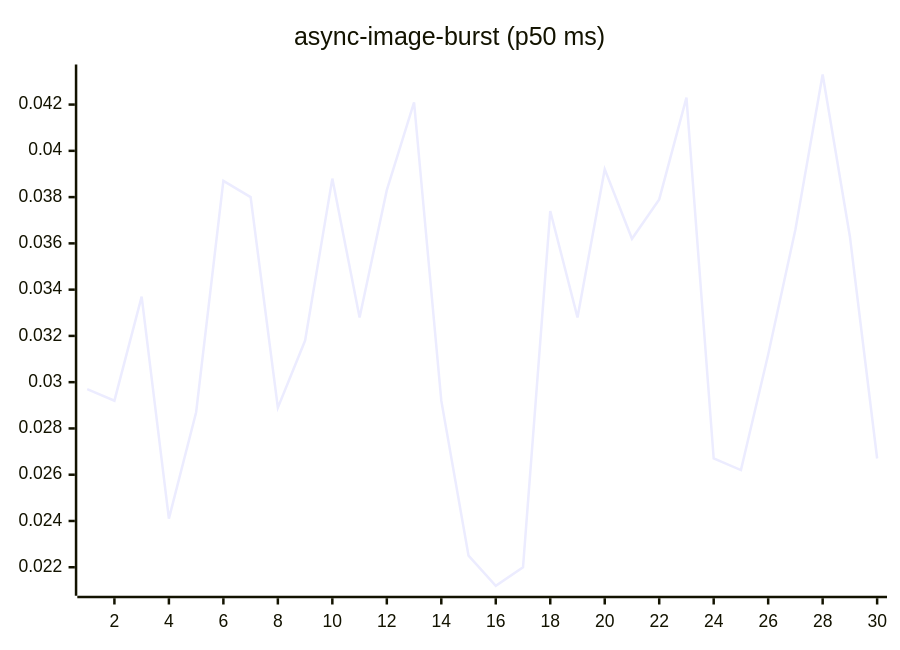
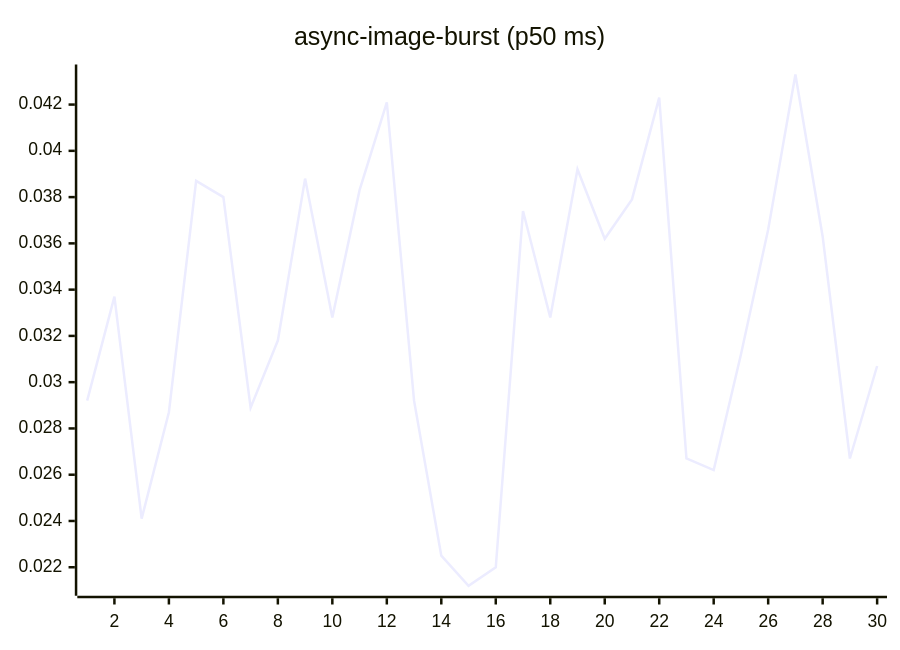
Before and after one commit to josha/Facet: the fourth of 27 diagrams in README.md, drawn with Mermaid. The commit also changed other lines of this file and 2 other files, not shown here.

````diff
--- a/README.md
+++ b/README.md
@@ -84,6 +84,6 @@
 ```mermaid
 xychart-beta
     title "async-image-burst (p50 ms)"
     x-axis 1 --> 30
-    line [0.0297, 0.0292, 0.0337, 0.0241, 0.0287, 0.0387, 0.0380, 0.0289, 0.0318, 0.0388, 0.0328, 0.0383, 0.0421, 0.0292, 0.0225, 0.0212, 0.0220, 0.0374, 0.0328, 0.0392, 0.0362, 0.0379, 0.0423, 0.0267, 0.0262, 0.0312, 0.0366, 0.0433, 0.0363, 0.0267]
+    line [0.0292, 0.0337, 0.0241, 0.0287, 0.0387, 0.0380, 0.0289, 0.0318, 0.0388, 0.0328, 0.0383, 0.0421, 0.0292, 0.0225, 0.0212, 0.0220, 0.0374, 0.0328, 0.0392, 0.0362, 0.0379, 0.0423, 0.0267, 0.0262, 0.0312, 0.0366, 0.0433, 0.0363, 0.0267, 0.0307]
 ```
````
